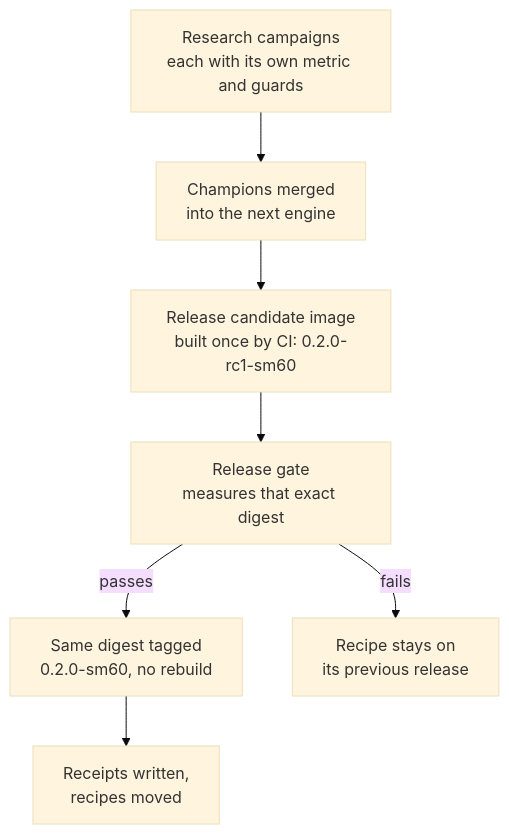
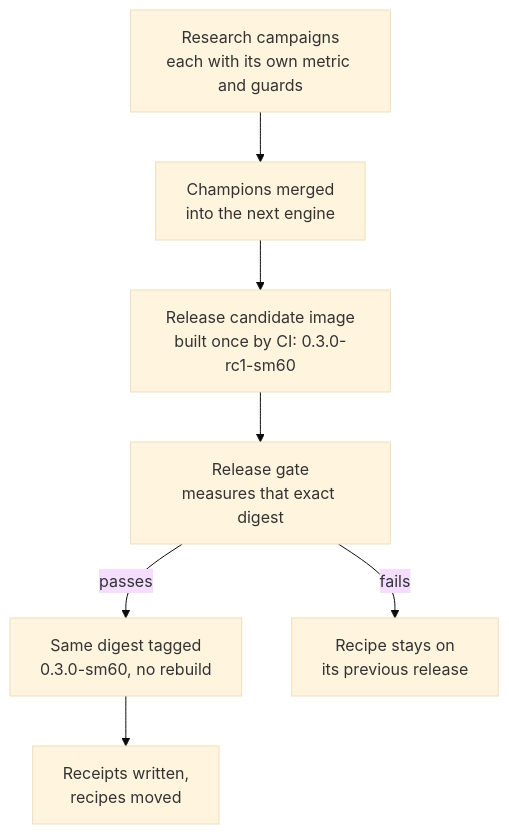
The diagram in site/src/content/docs/docs/explanation/releases-and-receipts.md (iammrduncan/tensorless), drawn with Mermaid (base theme) before and after one commit. The commit also changed other lines of this file and 45 other files, not shown here.

````diff
--- a/site/src/content/docs/docs/explanation/releases-and-receipts.md
+++ b/site/src/content/docs/docs/explanation/releases-and-receipts.md
@@ -27,9 +27,9 @@
 ```mermaid
 flowchart TD
     A["Research campaigns<br/>each with its own metric and guards"] --> B["Champions merged<br/>into the next engine"]
-    B --> C["Release candidate image<br/>built once by CI: 0.2.0-rc1-sm60"]
+    B --> C["Release candidate image<br/>built once by CI: 0.3.0-rc1-sm60"]
     C --> D["Release gate<br/>measures that exact digest"]
-    D -- passes --> E["Same digest tagged<br/>0.2.0-sm60, no rebuild"]
+    D -- passes --> E["Same digest tagged<br/>0.3.0-sm60, no rebuild"]
     E --> F["Receipts written,<br/>recipes moved"]
     D -- fails --> G["Recipe stays on<br/>its previous release"]
 ```
````
